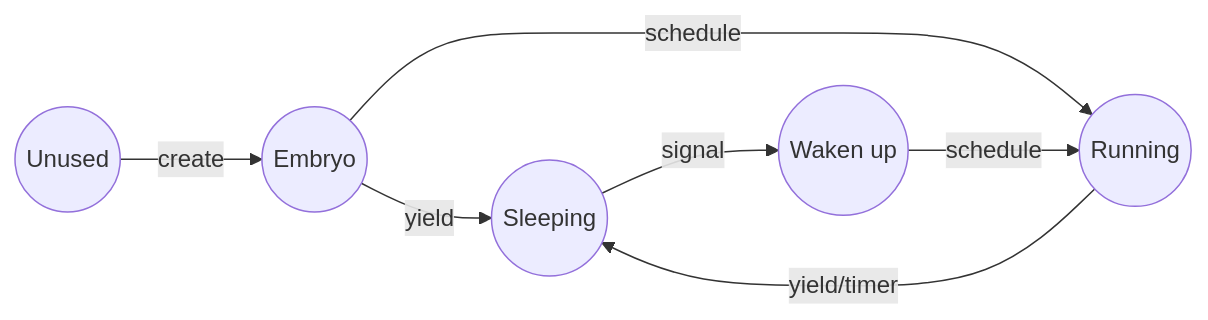
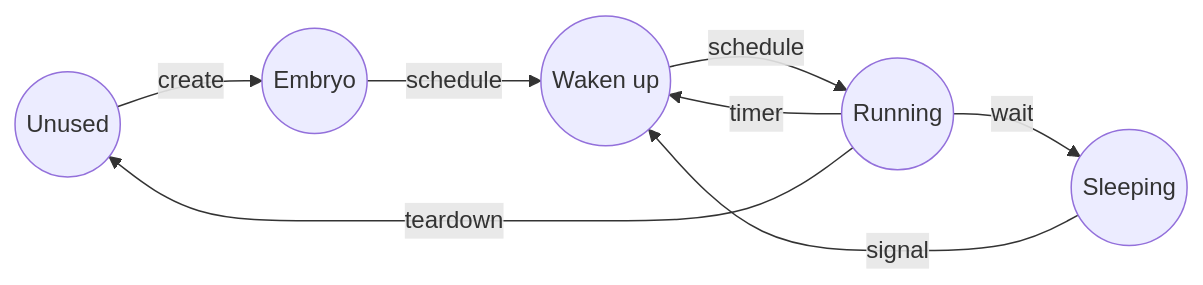
One commit to supersuperstar/sage-os-docs changed the diagram in docs/2.process/2.2-data-structure-design.md. Above: the diagram before and after it, drawn with Mermaid. The commit also changed other lines of this file and 1 other file, not shown here.

Commit message:
优化流程图

````diff
--- a/docs/2.process/2.2-data-structure-design.md
+++ b/docs/2.process/2.2-data-structure-design.md
@@ -46,9 +48,10 @@
 ```mermaid
 graph LR
 ST_U((Unused)) --create--> ST_E((Embryo))
-ST_E --yield--> ST_S((Sleeping))
-ST_R --yield/timer--> ST_S
-ST_S --signal-->ST_W((Waken up))
-ST_E --schedule-->ST_R((Running))
-ST_W --schedule-->ST_R
+ST_R --wait--> ST_S((Sleeping))
+ST_R --timer--> ST_W((Waken up))
+ST_S --signal-->ST_W
+ST_E --schedule-->ST_W
+ST_W --schedule-->ST_R((Running))
+ST_R --teardown--> ST_U
 ```
````
